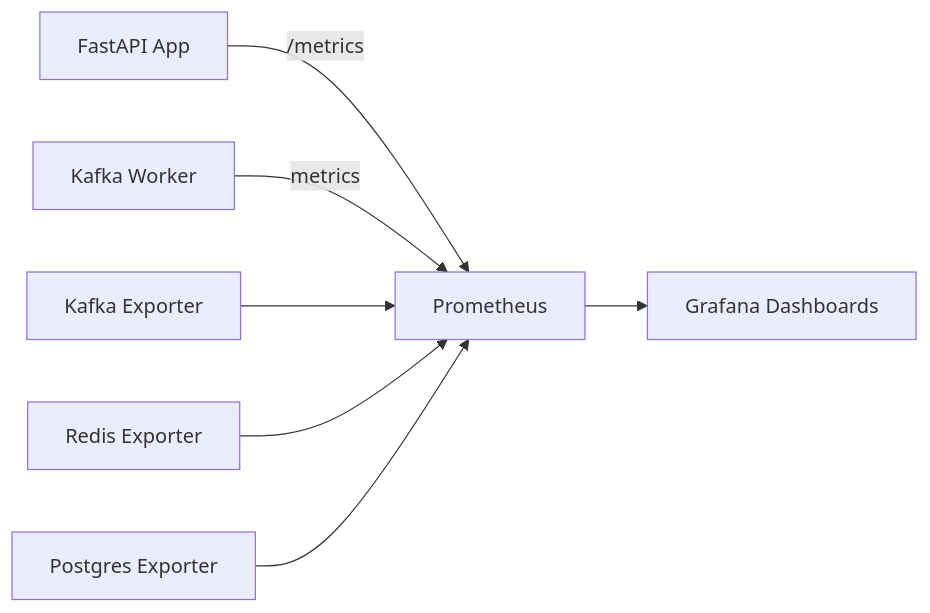
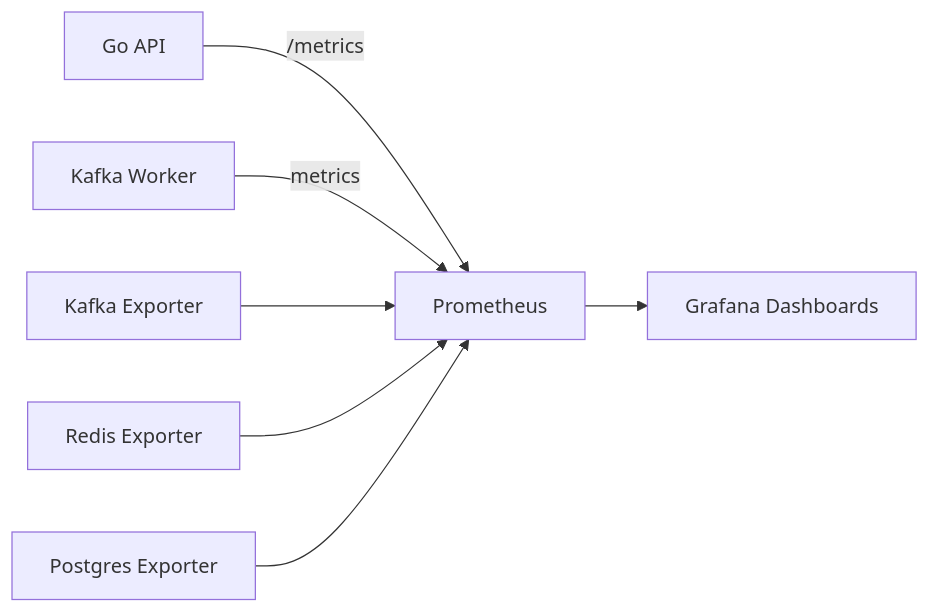
One commit to gbiumdonadon/easyhooks changed the diagram in docs/docs/observability/monitoring.md. Above: the diagram before and after it, drawn with Mermaid. The commit also changed 42 other files, not shown here.

First line of the commit message:
feat: rewrite API and worker from Python/FastAPI to Go (Chi)

````diff
--- a/docs/docs/observability/monitoring.md
+++ b/docs/docs/observability/monitoring.md
@@ -19,9 +19,9 @@
 ```mermaid
 flowchart LR
-    App[FastAPI App] -->|/metrics| Prometheus
+    App[Go API] -->|/metrics| Prometheus
     Worker[Kafka Worker] -->|metrics| Prometheus
     KafkaExporter[Kafka Exporter] --> Prometheus
     RedisExporter[Redis Exporter] --> Prometheus
     PostgresExporter[Postgres Exporter] --> Prometheus
     Prometheus --> Grafana[Grafana Dashboards]
 ```
````
